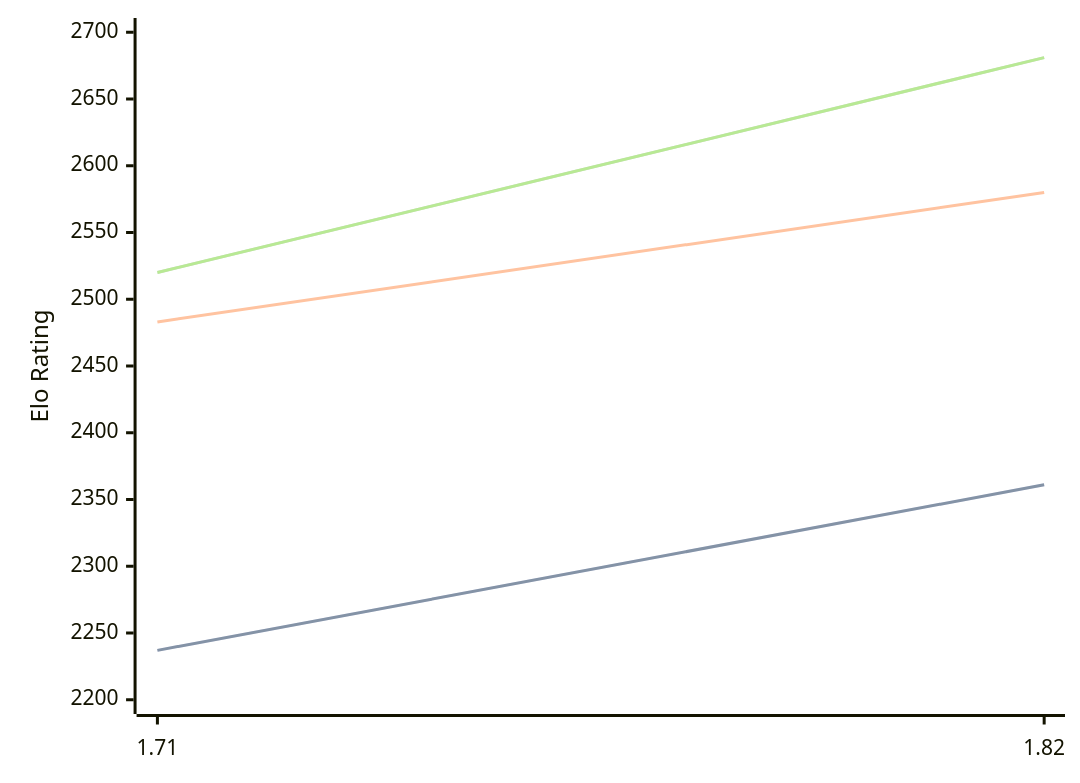
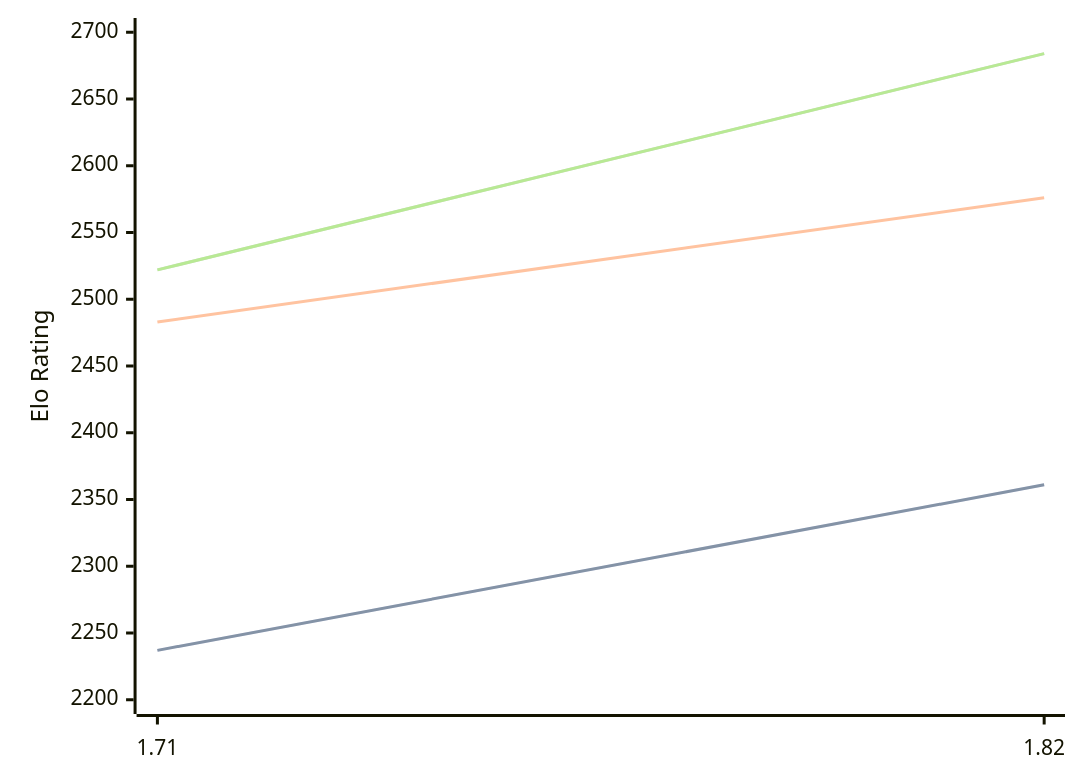
Before and after one commit to computer-chess-index/cci: the diagram in engines/Amira.md, drawn with Mermaid. The commit also changed other lines of this file, not shown here.

Commit message:
Update CCI Ratings (ELO VLTC) - 2026-02-21

````diff
--- a/engines/Amira.md
+++ b/engines/Amira.md
@@ -32,11 +32,11 @@
 ```mermaid
 %%{init: {"theme":"base","themeVariables":{"seriesColors:['#a3a3a3','#222221','#faa371']}}}%%
 xychart-beta
   x-axis ["1.71", "1.82"]
   y-axis "Elo Rating" 2200 --> 2700
   line "STC (8.0+0.08s)" [2237, 2361]
   line "STC (8.0+0.08s)" [2237, 2361]
-  line "LTC (60.0+0.60s)" [2483, 2580]
-  line "VLTC (2m24s+1.12s)" [2520, 2681]
-  line "VLTC (2m24s+1.12s)" [2520, 2681]
+  line "LTC (60.0+0.60s)" [2483, 2576]
+  line "VLTC (2m24s+1.12s)" [2522, 2684]
+  line "VLTC (2m24s+1.12s)" [2522, 2684]
 ```
````
